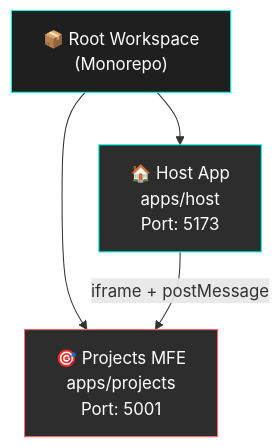
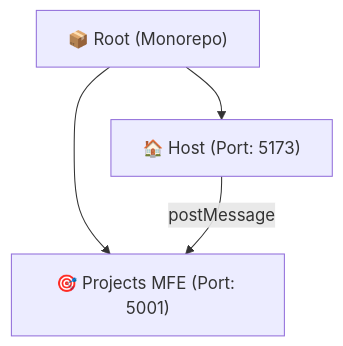
The first of 2 diagrams in README.md (ehurafa/portfolio-mfe-2025), drawn with Mermaid before and after one commit. The commit also changed other lines of this file, not shown here.

Commit message:
docs: optimize README size and content clarity while preserving essential diagrams

````diff
--- a/README.md
+++ b/README.md
@@ -173,11 +120,6 @@
 ```mermaid
 graph TB
-    ROOT["📦 Root Workspace<br/>(Monorepo)"] --> HOST["🏠 Host App<br/>apps/host<br/>Port: 5173"]
-    ROOT --> PROJECTS["🎯 Projects MFE<br/>apps/projects<br/>Port: 5001"]
-    
-    HOST --> |"iframe + postMessage"| PROJECTS
-    
-    style ROOT fill:#1f1f1f,stroke:#00ffeb,color:#fff
-    style HOST fill:#2d2d2d,stroke:#00ffeb,color:#fff
-    style PROJECTS fill:#2d2d2d,stroke:#ff6b6b,color:#fff
+    ROOT["📦 Root (Monorepo)"] --> HOST["🏠 Host (Port: 5173)"]
+    ROOT --> PROJECTS["🎯 Projects MFE (Port: 5001)"]
+    HOST --> |"postMessage"| PROJECTS
 ```
````
